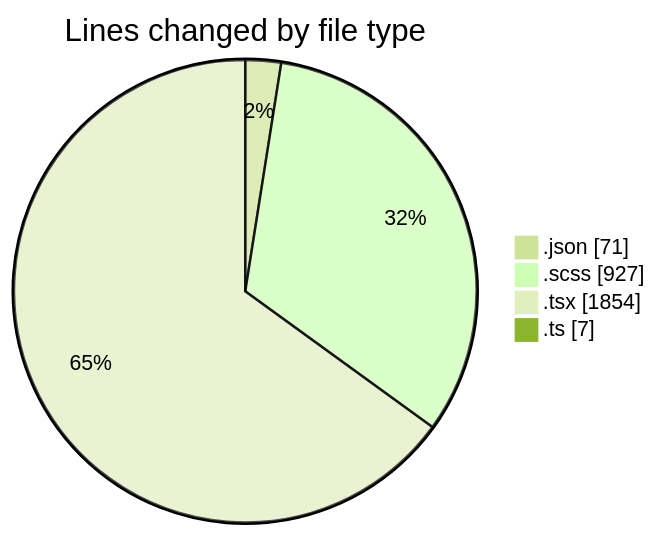
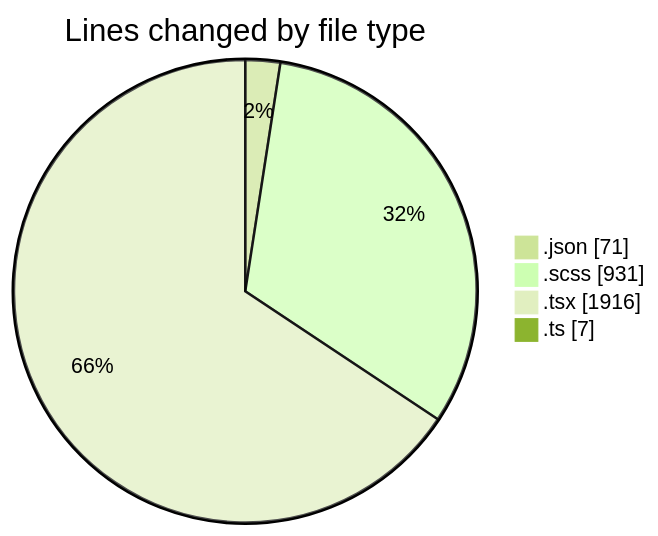
The first of 2 diagrams in 2026-02-17/cda/README.md (momahboobian/code-tracking), drawn with Mermaid (forest theme) before and after one commit. The commit also changed other lines of this file and 1 other file, not shown here.

````diff
--- a/2026-02-17/cda/README.md
+++ b/2026-02-17/cda/README.md
@@ -28,8 +28,8 @@
 ```mermaid
 pie showData
 title Lines changed by file type
 ".json" : 71
-".scss" : 927
-".tsx" : 1854
+".scss" : 931
+".tsx" : 1916
 ".ts" : 7
 ```
````
